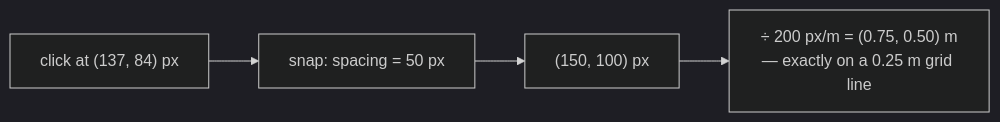
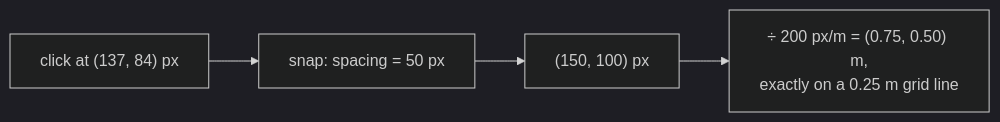
The diagram in docs/cs/grid-snapping-and-quantisation.md (jennarbates/StratigraphyGenerator), drawn with Mermaid (dark theme) before and after one commit. The commit also changed other lines of this file and 309 other files, not shown here.

````diff
--- a/docs/cs/grid-snapping-and-quantisation.md
+++ b/docs/cs/grid-snapping-and-quantisation.md
@@ -39,6 +39,6 @@
 ```mermaid
 flowchart LR
   C["click at (137, 84) px"] --> S["snap: spacing = 50 px"]
   S --> G["(150, 100) px"]
-  G --> M["÷ 200 px/m = (0.75, 0.50) m<br/>— exactly on a 0.25 m grid line"]
+  G --> M["÷ 200 px/m = (0.75, 0.50) m,<br/>exactly on a 0.25 m grid line"]
 ```
````
